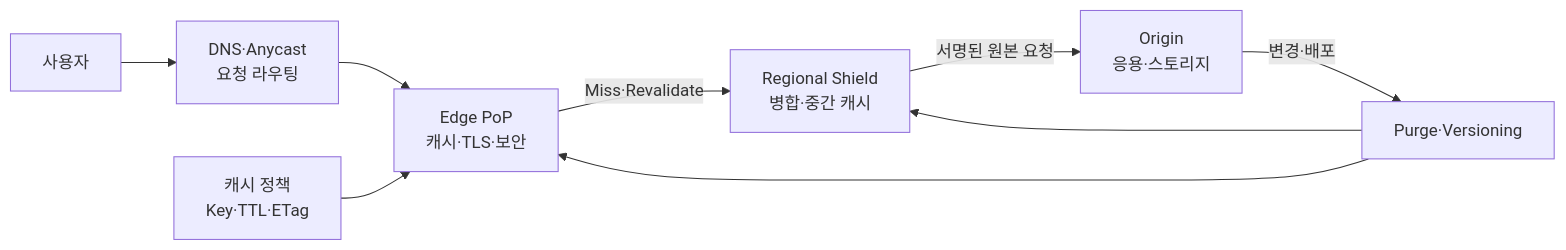
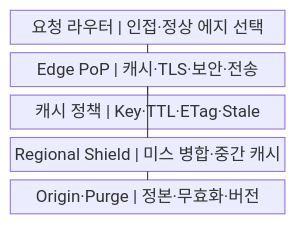
One commit to agnusdei1207/knowledge-base changed the first of 2 diagrams in src/content/docs/notes/03-software/181_cdn.md. Above: the diagram before and after it, drawn with Mermaid. The commit also changed other lines of this file and 20 other files, not shown here.

````diff
--- a/src/content/docs/notes/03-software/181_cdn.md
+++ b/src/content/docs/notes/03-software/181_cdn.md
@@ -60,11 +55,13 @@
 ```mermaid
-flowchart LR
-    U["사용자"] --> R["DNS·Anycast<br/>요청 라우팅"]
-    R --> E["Edge PoP<br/>캐시·TLS·보안"]
-    P["캐시 정책<br/>Key·TTL·ETag"] --> E
-    E -->|"Miss·Revalidate"| S["Regional Shield<br/>병합·중간 캐시"]
-    S -->|"서명된 원본 요청"| O["Origin<br/>응용·스토리지"]
-    O -->|"변경·배포"| I["Purge·Versioning"]
-    I --> E
-    I --> S
+block
+    columns 1
+    A["요청 라우터 | 인접·정상 에지 선택"]
+    B["Edge PoP | 캐시·TLS·보안·전송"]
+    C["캐시 정책 | Key·TTL·ETag·Stale"]
+    D["Regional Shield | 미스 병합·중간 캐시"]
+    E["Origin·Purge | 정본·무효화·버전"]
+    A --- B
+    B --- C
+    B --- D
+    D --- E
 ```
````
